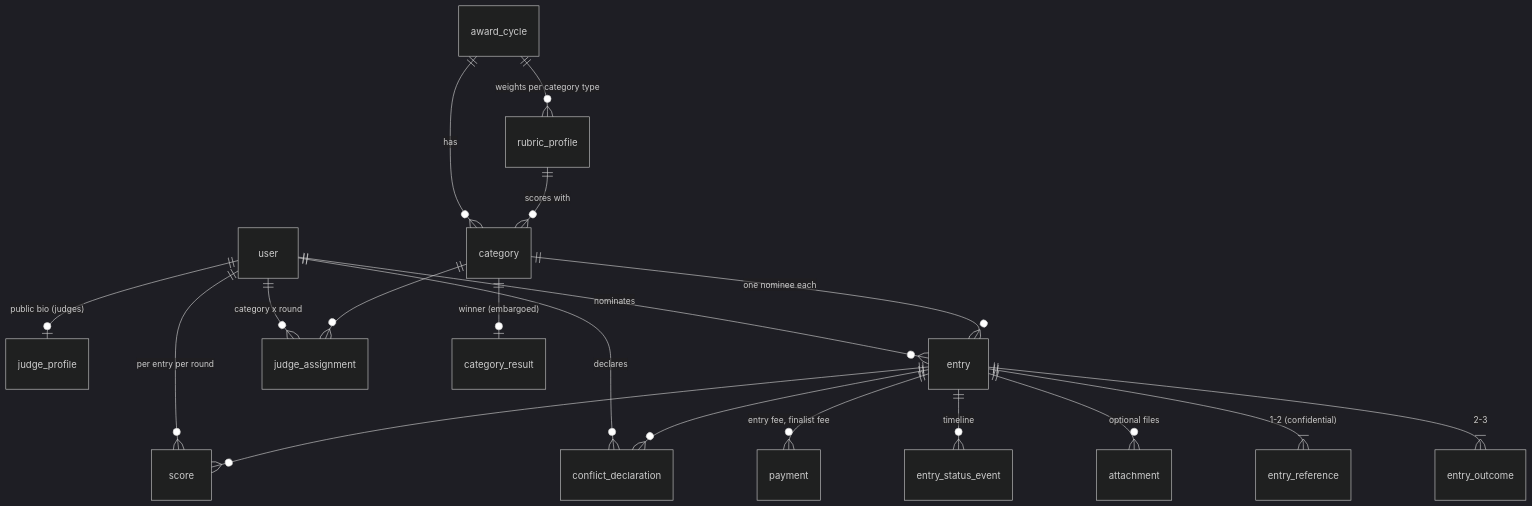
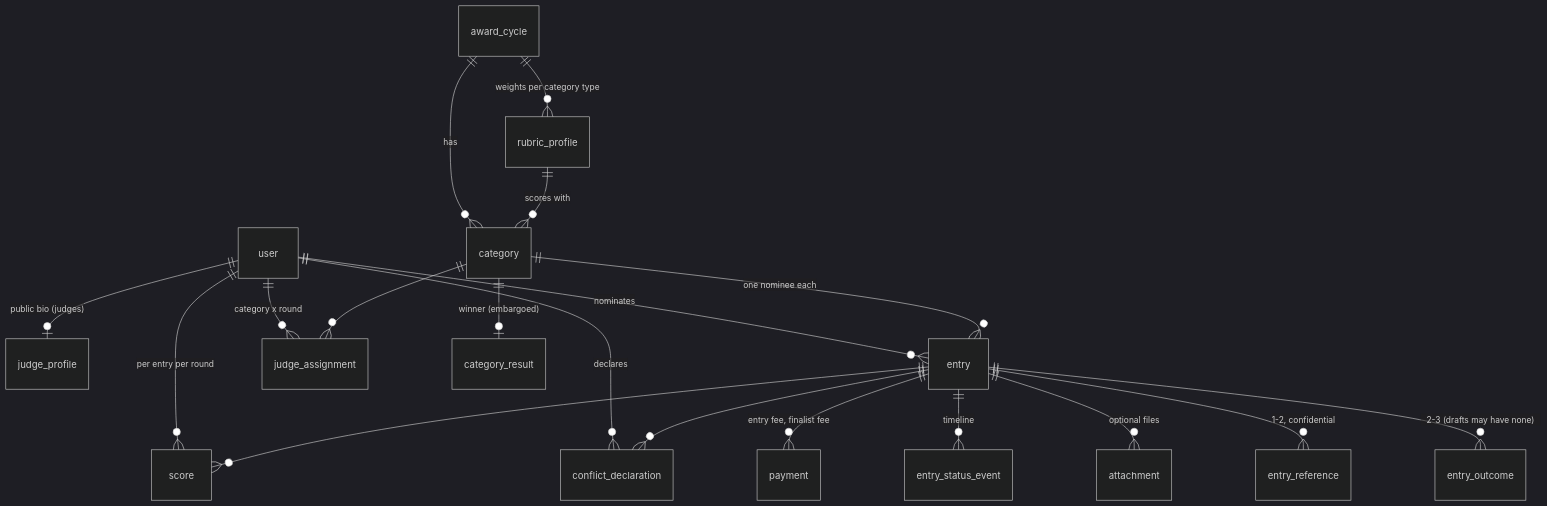
One commit to ntb2002/pinnacle-nomination-platform changed the diagram in docs/architecture.md. Above: the diagram before and after it, drawn with Mermaid (dark theme). The commit also changed other lines of this file and 21 other files, not shown here.

````diff
--- a/docs/architecture.md
+++ b/docs/architecture.md
@@ -38,21 +38,21 @@
 ```mermaid
 erDiagram
   award_cycle ||--o{ rubric_profile : "weights per category type"
   award_cycle ||--o{ category : has
   rubric_profile ||--o{ category : "scores with"
   user ||--o| judge_profile : "public bio (judges)"
   user ||--o{ entry : nominates
   category ||--o{ entry : "one nominee each"
-  entry ||--|{ entry_outcome : "2-3"
-  entry ||--|{ entry_reference : "1-2 (confidential)"
+  entry ||--o{ entry_outcome : "2-3 (drafts may have none)"
+  entry ||--o{ entry_reference : "1-2, confidential"
   entry ||--o{ attachment : "optional files"
   entry ||--o{ entry_status_event : timeline
   entry ||--o{ payment : "entry fee, finalist fee"
   user ||--o{ judge_assignment : "category x round"
   category ||--o{ judge_assignment : ""
   user ||--o{ conflict_declaration : declares
   entry ||--o{ conflict_declaration : ""
   user ||--o{ score : "per entry per round"
   entry ||--o{ score : ""
   category ||--o| category_result : "winner (embargoed)"
 ```
````
